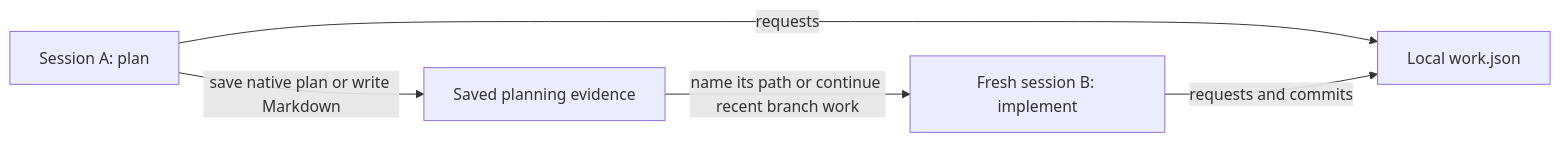
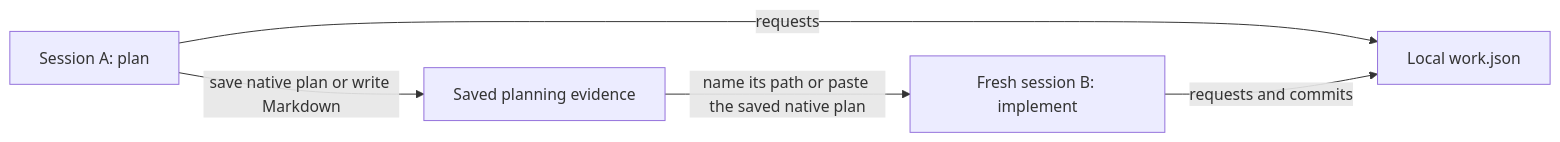
The first of 7 diagrams in docs/work-attribution.md (getkimchi/kimchi), drawn with Mermaid before and after one commit. The commit also changed other lines of this file and 30 other files, not shown here.

````diff
--- a/docs/work-attribution.md
+++ b/docs/work-attribution.md
@@ -35,7 +39,7 @@
 ```mermaid
 flowchart LR
     A["Session A: plan"] -->|save native plan or write Markdown| P["Saved planning evidence"]
-    P -->|name its path or continue recent branch work| B["Fresh session B: implement"]
+    P -->|name its path or paste the saved native plan| B["Fresh session B: implement"]
     A -->|requests| W["Local work.json"]
     B -->|requests and commits| W
 ```
````
